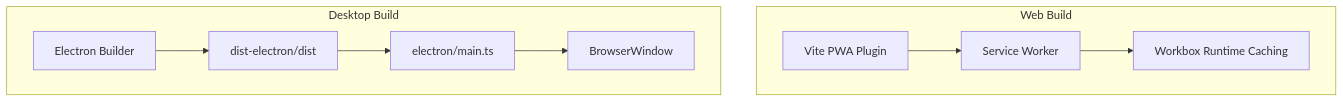
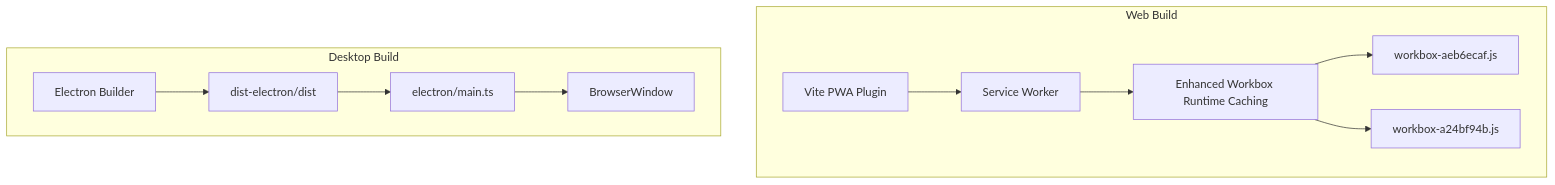
Before and after one commit to Glimora-X/work-helper: the seventh of 9 diagrams in .qoder/repowiki/en/content/Frontend Application Architecture/PWA and Offline Capabilities.md, drawn with Mermaid. The commit also changed other lines of this file and 5 other files, not shown here.

First line of the commit message:
docs(skill): enhance skill system architecture and documentation

````diff
--- a/.qoder/repowiki/en/content/Frontend Application Architecture/PWA and Offline Capabilities.md
+++ b/.qoder/repowiki/en/content/Frontend Application Architecture/PWA and Offline Capabilities.md
@@ -218,12 +266,14 @@
 ```mermaid
 graph TB
 subgraph "Web Build"
 WP["Vite PWA Plugin"] --> WS["Service Worker"]
-WS --> WC["Workbox Runtime Caching"]
+WS --> WC["Enhanced Workbox Runtime Caching"]
+WC --> WBA["workbox-aeb6ecaf.js"]
+WC --> WBB["workbox-a24bf94b.js"]
 end
 subgraph "Desktop Build"
 EB["Electron Builder"] --> DM["dist-electron/dist"]
 DM --> EM["electron/main.ts"]
 EM --> BW["BrowserWindow"]
 end
 ```
````
